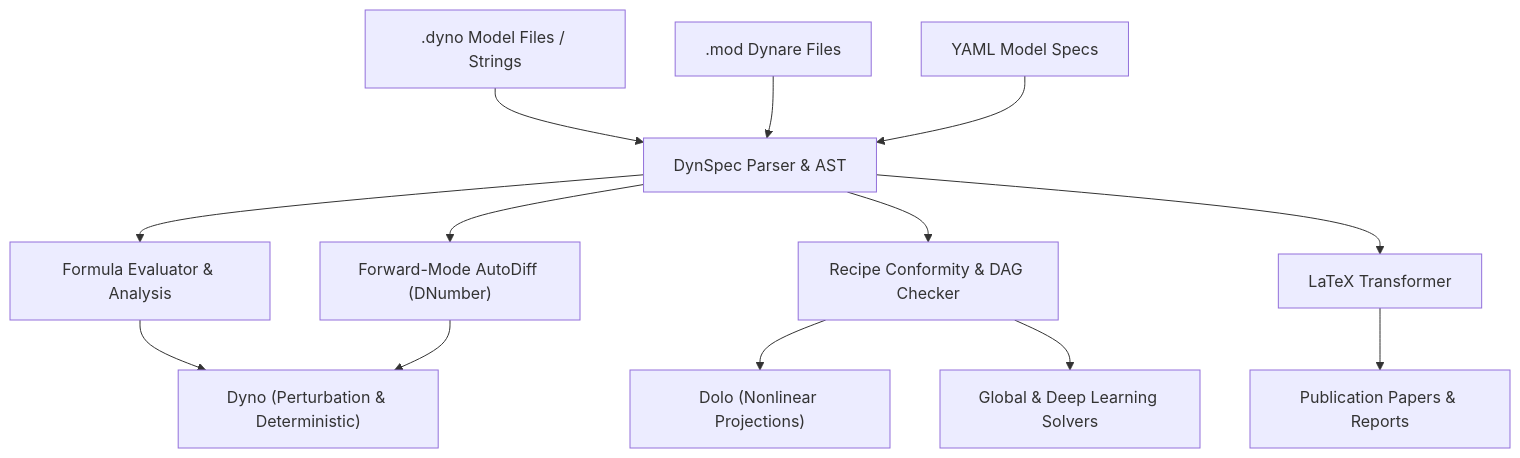
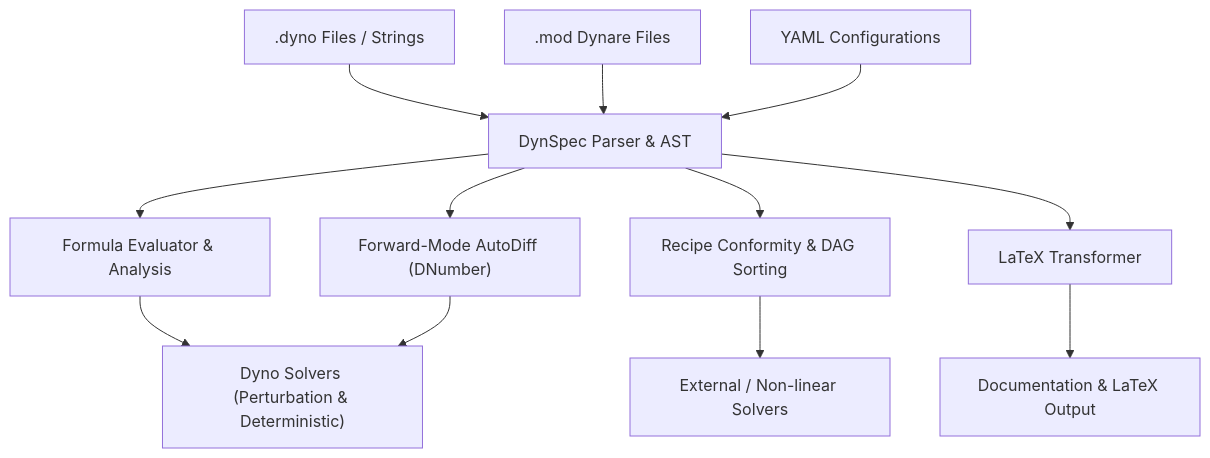
Before and after one commit to EconForge/dyno.py: the diagram in docs/dynspec/index.md, drawn with Mermaid. The commit also changed other lines of this file and 8 other files, not shown here.

````diff
--- a/docs/dynspec/index.md
+++ b/docs/dynspec/index.md
@@ -25,17 +11,16 @@
 ```mermaid
 graph TD
-    A[".dyno Model Files / Strings"] --> B[DynSpec Parser & AST]
+    A[".dyno Files / Strings"] --> B[DynSpec Parser & AST]
     C[".mod Dynare Files"] --> B
-    D["YAML Model Specs"] --> B
+    D["YAML Configurations"] --> B
 
     B --> E["Formula Evaluator & Analysis"]
     B --> F["Forward-Mode AutoDiff (DNumber)"]
-    B --> G["Recipe Conformity & DAG Checker"]
+    B --> G["Recipe Conformity & DAG Sorting"]
     B --> H["LaTeX Transformer"]
 
-    E --> I["Dyno (Perturbation & Deterministic)"]
+    E --> I["Dyno Solvers (Perturbation & Deterministic)"]
     F --> I
-    G --> J["Dolo (Nonlinear Projections)"]
-    G --> K["Global & Deep Learning Solvers"]
-    H --> L["Publication Papers & Reports"]
+    G --> J["External / Non-linear Solvers"]
+    H --> K["Documentation & LaTeX Output"]
 ```
````
